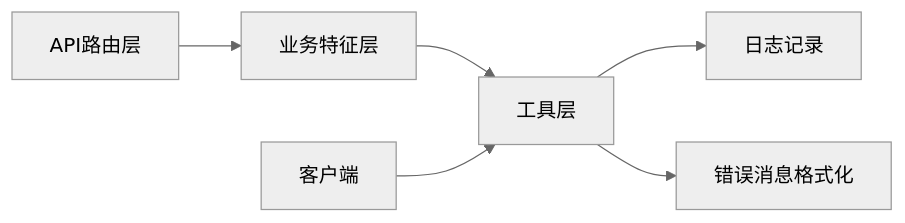
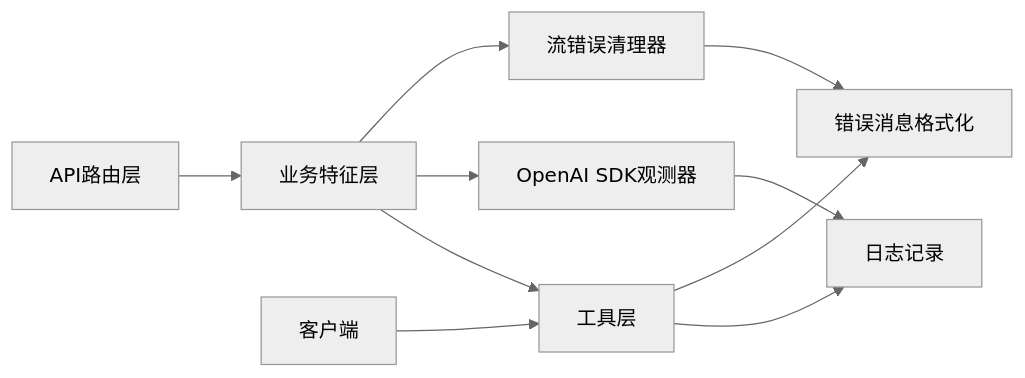
One commit to scottcwy/PurpleInk changed the third of 3 diagrams in .qoder/repowiki/zh/content/API参考/错误处理.md. Above: the diagram before and after it, drawn with Mermaid (neutral theme). The commit also changed other lines of this file and 109 other files, not shown here.

````diff
--- a/.qoder/repowiki/zh/content/API参考/错误处理.md
+++ b/.qoder/repowiki/zh/content/API参考/错误处理.md
@@ -241,8 +293,12 @@
 ```mermaid
 graph LR
 Route["API路由层"] --> Feature["业务特征层"]
 Feature --> Tool["工具层"]
 Client["客户端"] --> Tool
 Tool --> Log["日志记录"]
 Tool --> Format["错误消息格式化"]
+Feature --> SDKObserver["OpenAI SDK观测器"]
+Feature --> StreamCleaner["流错误清理器"]
+SDKObserver --> Log
+StreamCleaner --> Format
 ```
````
